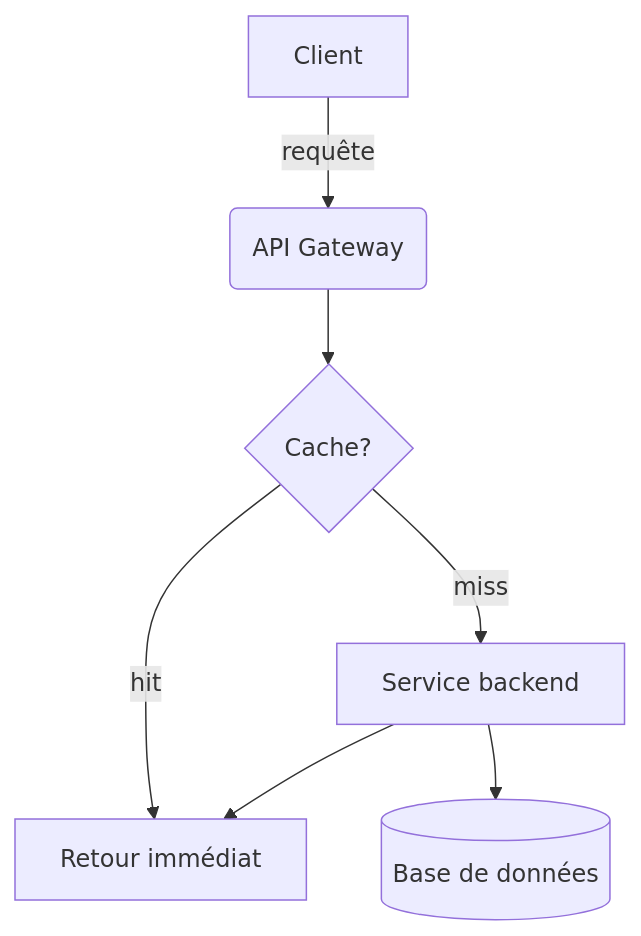
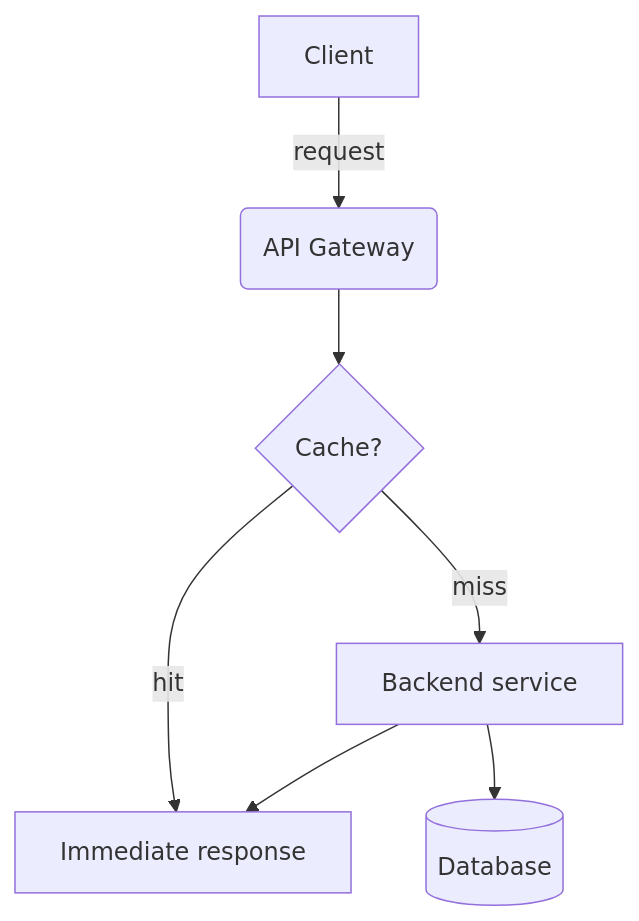
One commit to colussim/Scribeflow changed the diagram in examples/example.md. Above: the diagram before and after it, drawn with Mermaid. The commit also changed other lines of this file and 17 other files, not shown here.

````diff
--- a/examples/example.md
+++ b/examples/example.md
@@ -15,9 +14,9 @@
 ```mermaid
 flowchart TD
-    A[Client] -->|requête| B(API Gateway)
+    A[Client] -->|request| B(API Gateway)
     B --> C{Cache?}
-    C -->|hit| D[Retour immédiat]
-    C -->|miss| E[Service backend]
-    E --> F[(Base de données)]
+    C -->|hit| D[Immediate response]
+    C -->|miss| E[Backend service]
+    E --> F[(Database)]
     E --> D
 ```
````
